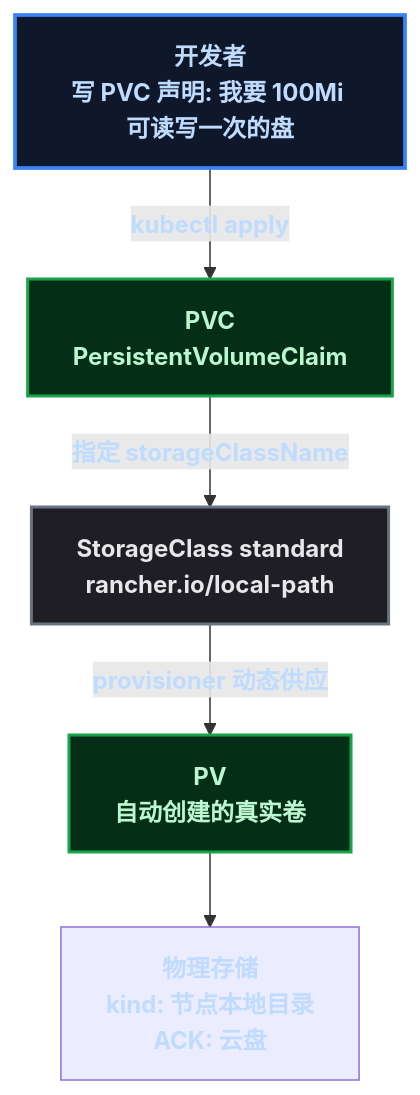
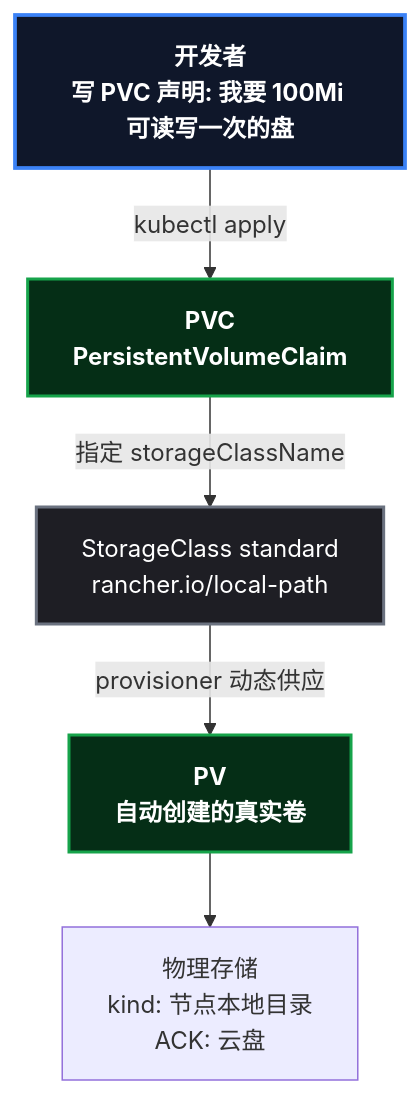
The first of 2 diagrams in content/posts/kubernetes/K8sStatefulSetStoragePractice.md (yaocat55/yaocat55.github.io), drawn with Mermaid before and after one commit. The commit also changed other lines of this file and 27 other files, not shown here.

Commit message:
docs: 全系列 93 张 Mermaid 图 classDef 改为 style 强制深底白字(修复部分渲染器白底浅字)+历史文件格式清理

````diff
--- a/content/posts/kubernetes/K8sStatefulSetStoragePractice.md
+++ b/content/posts/kubernetes/K8sStatefulSetStoragePractice.md
@@ -62,22 +62,19 @@
 ```mermaid
 %% 存储三层抽象: 开发者只写 PVC, StorageClass 自动建 PV
 flowchart TD
-    classDef root fill:#0f172a,stroke:#3b82f6,stroke-width:2.5px,color:#bfdbfe,font-weight:bold;
-    classDef process fill:#1e1e24,stroke:#6b7280,stroke-width:2px,color:#e5e7eb;
-    classDef data fill:#052e16,stroke:#16a34a,stroke-width:2px,color:#bbf7d0,font-weight:bold;
 
     DEV["开发者\n写 PVC 声明: 我要 100Mi 可读写一次的盘"]
     PVC["PVC\nPersistentVolumeClaim"]
     SC["StorageClass standard\nrancher.io/local-path"]
     PV["PV\n自动创建的真实卷"]
     DISK["物理存储\nkind: 节点本地目录\nACK: 云盘"]
 
     DEV -->|"kubectl apply"| PVC
     PVC -->|"指定 storageClassName"| SC
     SC -->|"provisioner 动态供应"| PV
     PV --> DISK
-
-    class DEV root;
-    class PVC,PV data;
-    class SC process;
+    style DEV fill:#0f172a,stroke:#3b82f6,stroke-width:2.5px,color:#ffffff,font-weight:bold
+    style PVC fill:#052e16,stroke:#16a34a,stroke-width:2px,color:#ffffff,font-weight:bold
+    style PV fill:#052e16,stroke:#16a34a,stroke-width:2px,color:#ffffff,font-weight:bold
+    style SC fill:#1e1e24,stroke:#6b7280,stroke-width:2px,color:#ffffff
 ```
````
